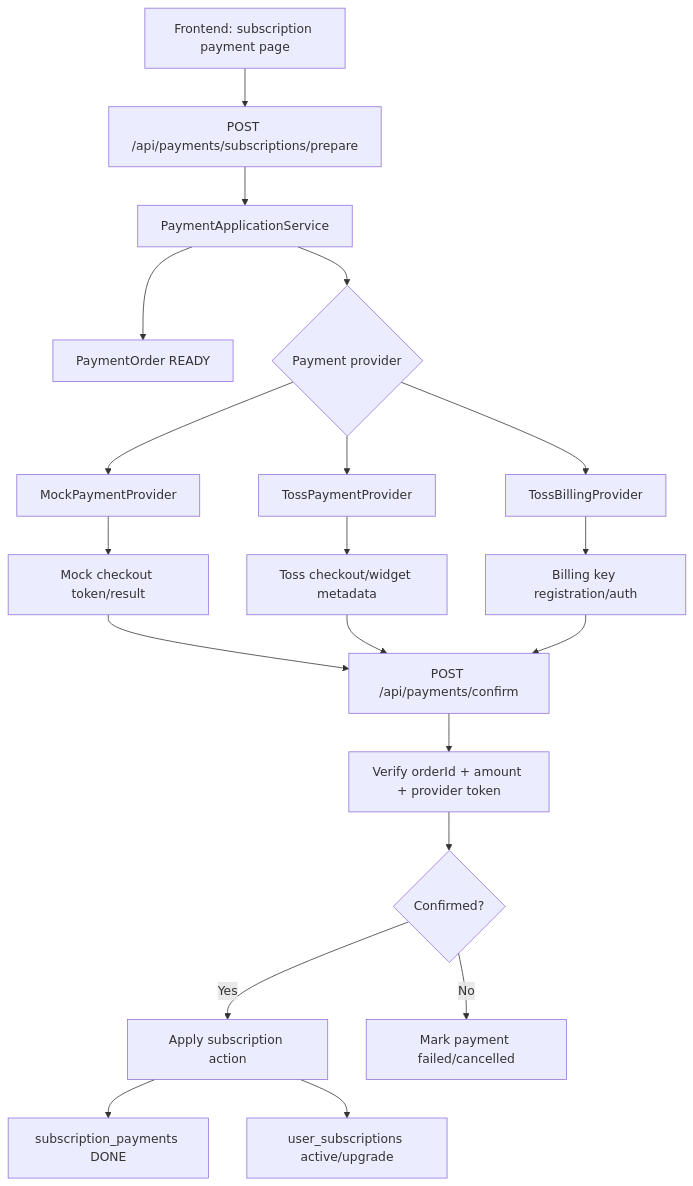
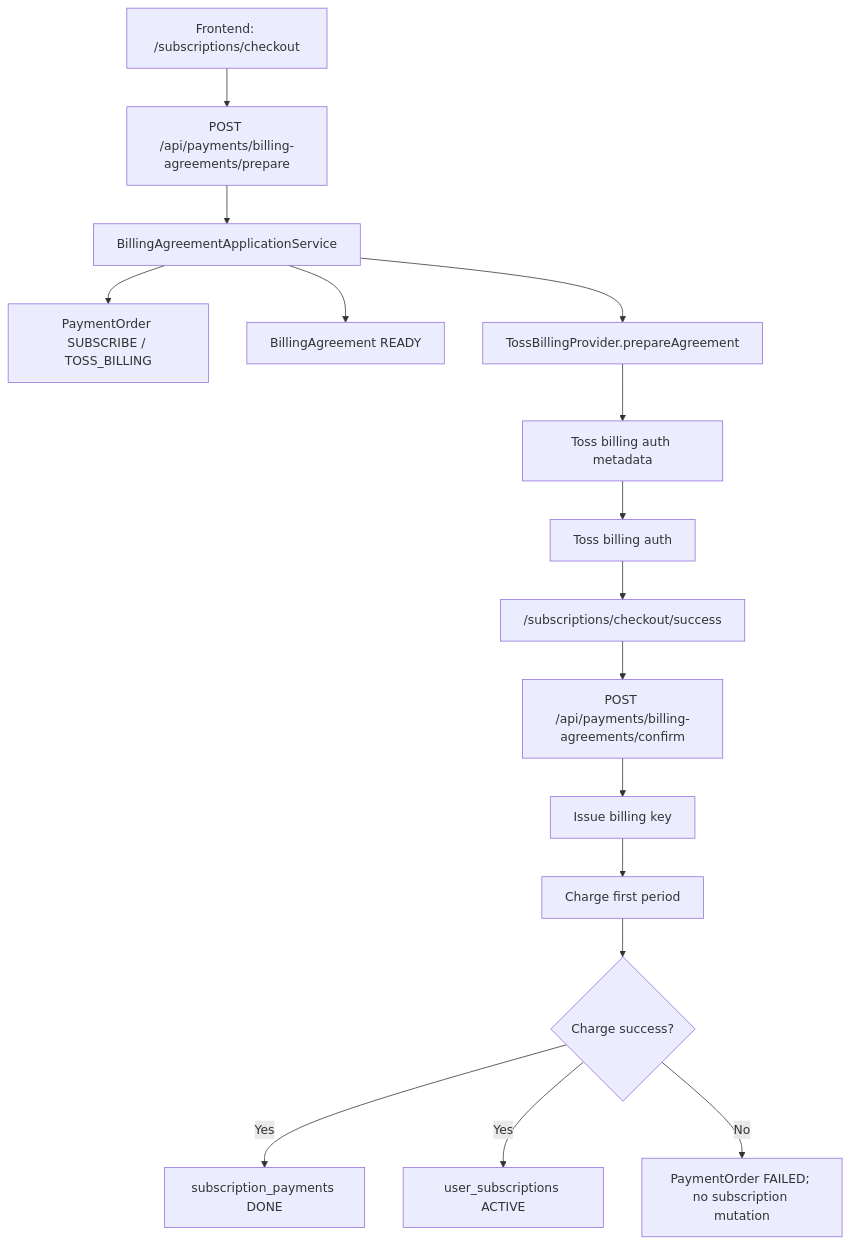
The first of 3 diagrams in docs/design/payment-integration-design.md (kyoungdonghun/ATStudio), drawn with Mermaid before and after one commit. The commit also changed other lines of this file and 73 other files, not shown here.

````diff
--- a/docs/design/payment-integration-design.md
+++ b/docs/design/payment-integration-design.md
@@ -106,22 +109,18 @@
 ```mermaid
 flowchart TD
-    A["Frontend: subscription payment page"] --> B["POST /api/payments/subscriptions/prepare"]
-    B --> C["PaymentApplicationService"]
-    C --> D["PaymentOrder READY"]
-    C --> E{"Payment provider"}
-    E --> F["MockPaymentProvider"]
-    E --> G["TossPaymentProvider"]
-    E --> H["TossBillingProvider"]
-    F --> I["Mock checkout token/result"]
-    G --> J["Toss checkout/widget metadata"]
-    H --> K["Billing key registration/auth"]
-    I --> L["POST /api/payments/confirm"]
-    J --> L
-    K --> L
-    L --> M["Verify orderId + amount + provider token"]
-    M --> N{"Confirmed?"}
-    N -- "Yes" --> O["Apply subscription action"]
-    N -- "No" --> P["Mark payment failed/cancelled"]
-    O --> Q["subscription_payments DONE"]
-    O --> R["user_subscriptions active/upgrade"]
+    A["Frontend: /subscriptions/checkout"] --> B["POST /api/payments/billing-agreements/prepare"]
+    B --> C["BillingAgreementApplicationService"]
+    C --> D["PaymentOrder SUBSCRIBE / TOSS_BILLING"]
+    C --> E["BillingAgreement READY"]
+    C --> F["TossBillingProvider.prepareAgreement"]
+    F --> G["Toss billing auth metadata"]
+    G --> H["Toss billing auth"]
+    H --> I["/subscriptions/checkout/success"]
+    I --> J["POST /api/payments/billing-agreements/confirm"]
+    J --> K["Issue billing key"]
+    K --> L["Charge first period"]
+    L --> M{"Charge success?"}
+    M -- "Yes" --> N["subscription_payments DONE"]
+    M -- "Yes" --> O["user_subscriptions ACTIVE"]
+    M -- "No" --> P["PaymentOrder FAILED; no subscription mutation"]
 ```
````
